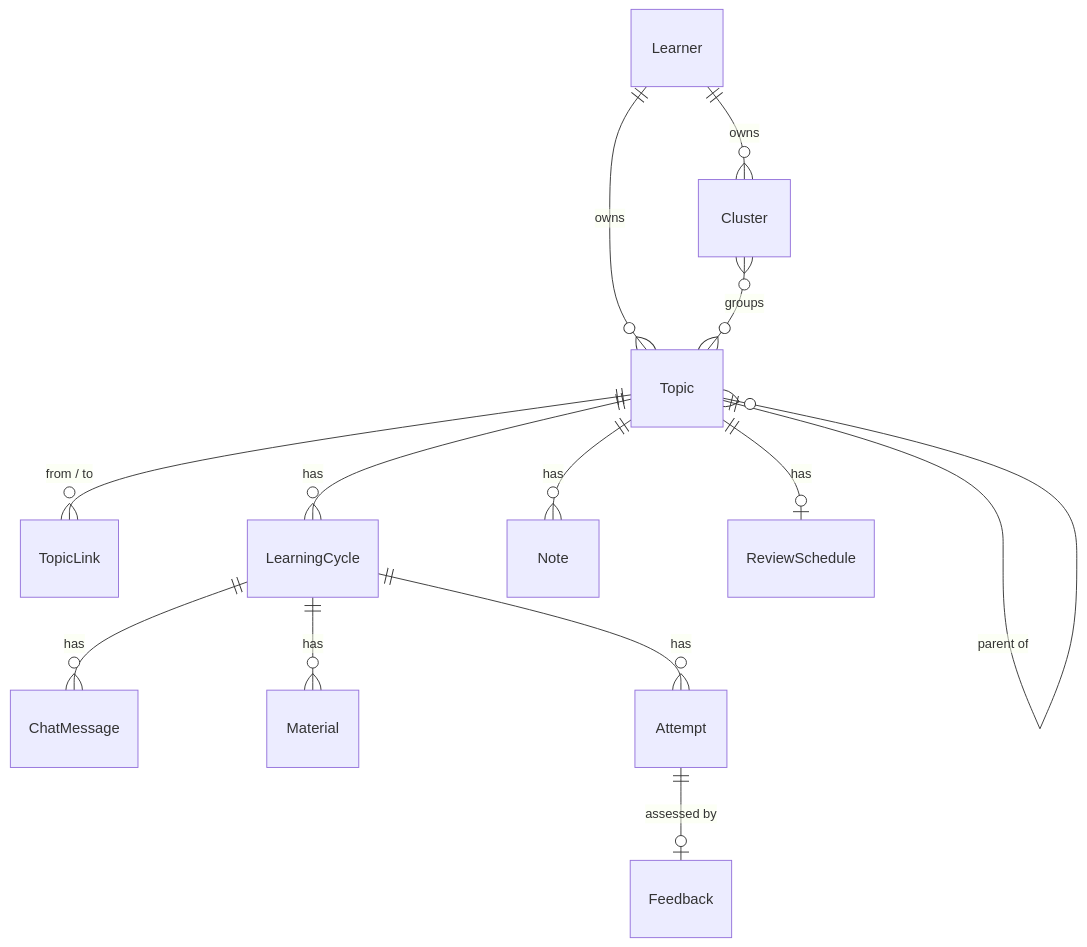
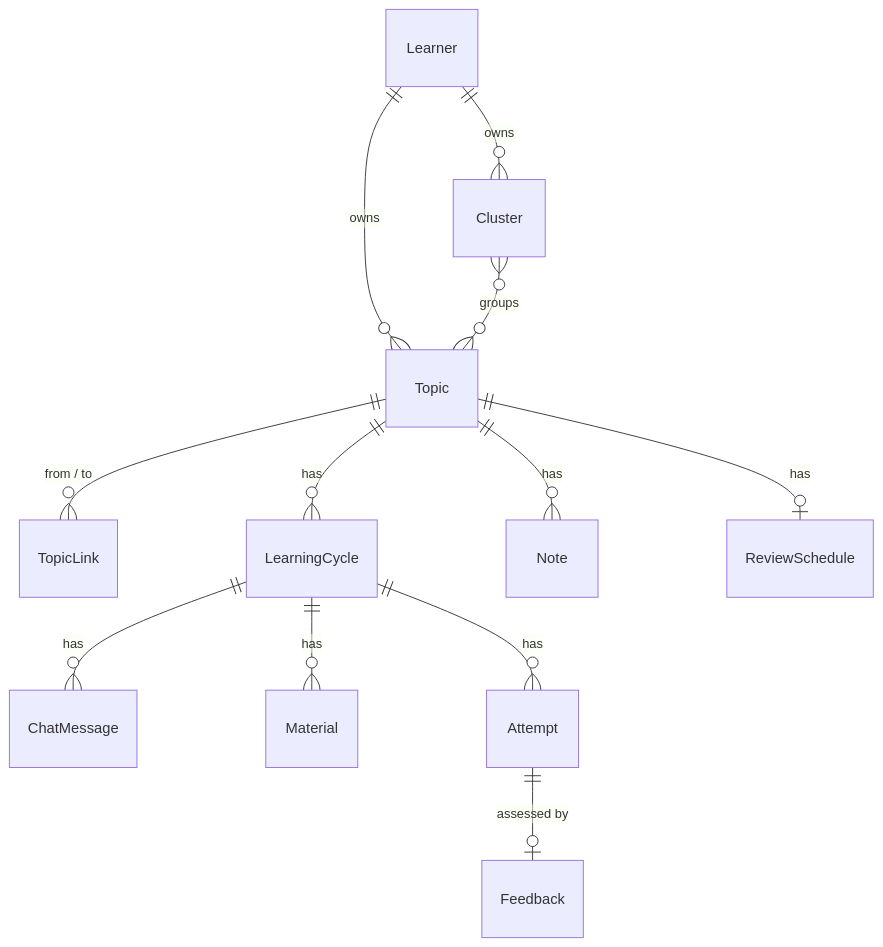
The diagram in docs/domain.md (songtov/ai-tutor), drawn with Mermaid before and after one commit. The commit also changed other lines of this file and 2 other files, not shown here.

````diff
--- a/docs/domain.md
+++ b/docs/domain.md
@@ -7,15 +7,14 @@
 ```mermaid
 erDiagram
     Learner ||--o{ Topic : owns
     Learner ||--o{ Cluster : owns
-    Topic ||--o{ Topic : "parent of"
     Topic ||--o{ TopicLink : "from / to"
     Cluster }o--o{ Topic : groups
     Topic ||--o{ LearningCycle : has
     Topic ||--o{ Note : has
     Topic ||--o| ReviewSchedule : has
     LearningCycle ||--o{ ChatMessage : has
     LearningCycle ||--o{ Material : has
     LearningCycle ||--o{ Attempt : has
     Attempt ||--o| Feedback : "assessed by"
 ```
````
